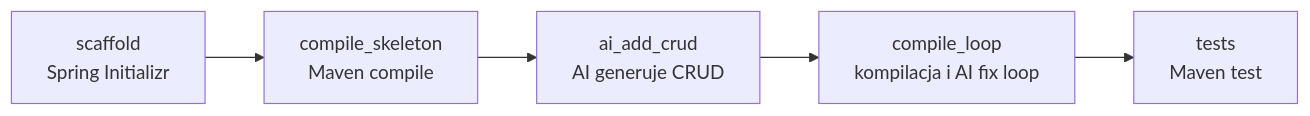
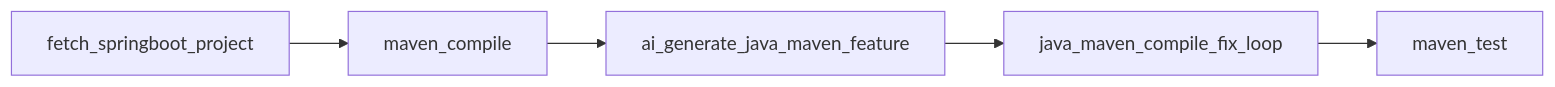
The diagram in docs/SDLC_SPRINGBOOT_STARTIO.md (ako74programmer/poc-cronova-windows), drawn with Mermaid before and after one commit. The commit also changed other lines of this file and 19 other files, not shown here.

````diff
--- a/docs/SDLC_SPRINGBOOT_STARTIO.md
+++ b/docs/SDLC_SPRINGBOOT_STARTIO.md
@@ -26,7 +26,7 @@
 ```mermaid
 flowchart LR
-  A[scaffold<br/>Spring Initializr] --> B[compile_skeleton<br/>Maven compile]
-  B --> C[ai_add_crud<br/>AI generuje CRUD]
-  C --> D[compile_loop<br/>kompilacja i AI fix loop]
-  D --> E[tests<br/>Maven test]
+  A[fetch_springboot_project] --> B[maven_compile]
+  B --> C[ai_generate_java_maven_feature]
+  C --> D[java_maven_compile_fix_loop]
+  D --> E[maven_test]
 ```
````
